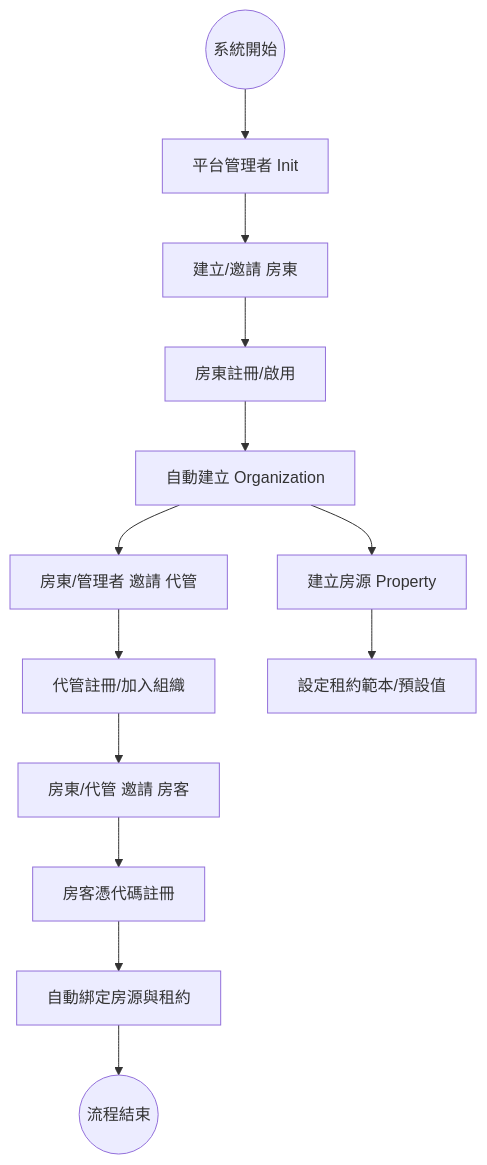
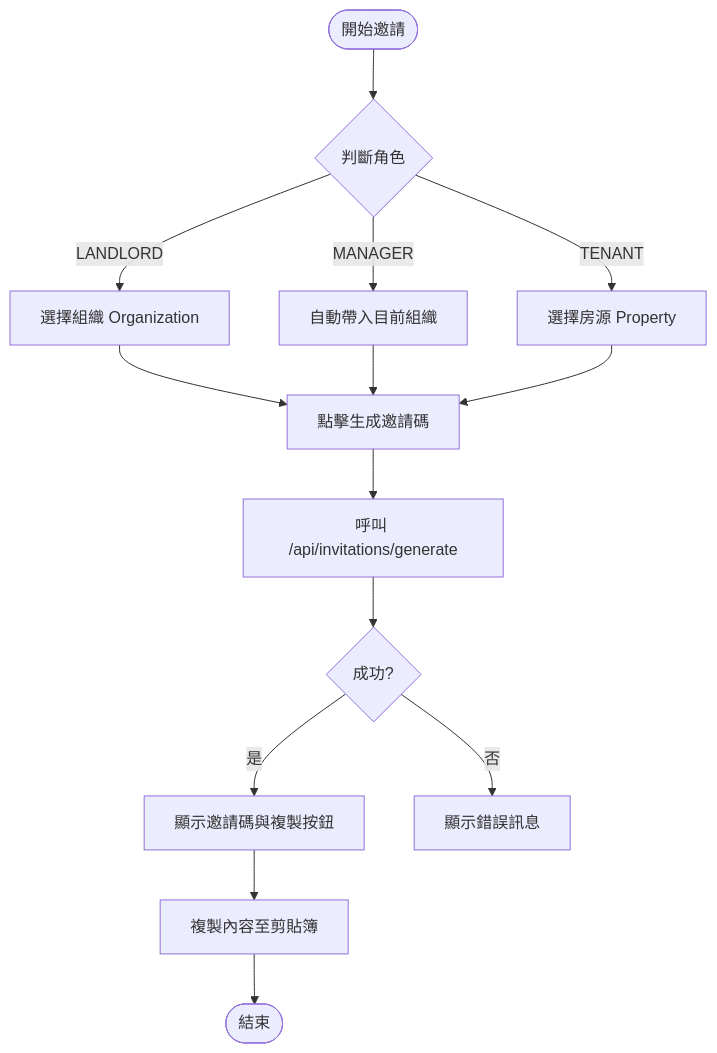
Before and after one commit to Hero935/PrimeStay: the second of 3 diagrams in spec.md, drawn with Mermaid. The commit also changed other lines of this file and 16 other files, not shown here.

````diff
--- a/spec.md
+++ b/spec.md
@@ -26,18 +40,21 @@
 ```mermaid
-graph TD
-    Start((系統開始)) --> AdminInit[平台管理者 Init]
-    AdminInit --> L_Invite[建立/邀請 房東]
-    L_Invite --> LandlordReg[房東註冊/啟用]
-    LandlordReg --> CreateOrg[自動建立 Organization]
+flowchart TD
+    Start([開始邀請]) --> RoleCheck{判斷角色}
     
-    CreateOrg --> M_Invite[房東/管理者 邀請 代管]
-    M_Invite --> ManagerReg[代管註冊/加入組織]
+    RoleCheck -->|LANDLORD| SelectOrg[選擇組織 Organization]
+    RoleCheck -->|MANAGER| AutoOrg[自動帶入目前組織]
+    RoleCheck -->|TENANT| SelectProp[選擇房源 Property]
     
-    CreateOrg --> P_Create[建立房源 Property]
-    P_Create --> C_Template[設定租約範本/預設值]
+    SelectOrg --> Generate[點擊生成邀請碼]
+    AutoOrg --> Generate
+    SelectProp --> Generate
     
-    ManagerReg --> T_Invite[房東/代管 邀請 房客]
-    T_Invite --> TenantReg[房客憑代碼註冊]
-    TenantReg --> BindAsset[自動綁定房源與租約]
-    BindAsset --> End((流程結束))
+    Generate --> API[呼叫 /api/invitations/generate]
+    API --> Success{成功?}
+    
+    Success -->|是| ShowCode[顯示邀請碼與複製按鈕]
+    Success -->|否| ShowError[顯示錯誤訊息]
+    
+    ShowCode --> Copy[複製內容至剪貼簿]
+    Copy --> End([結束])
 ```
````
